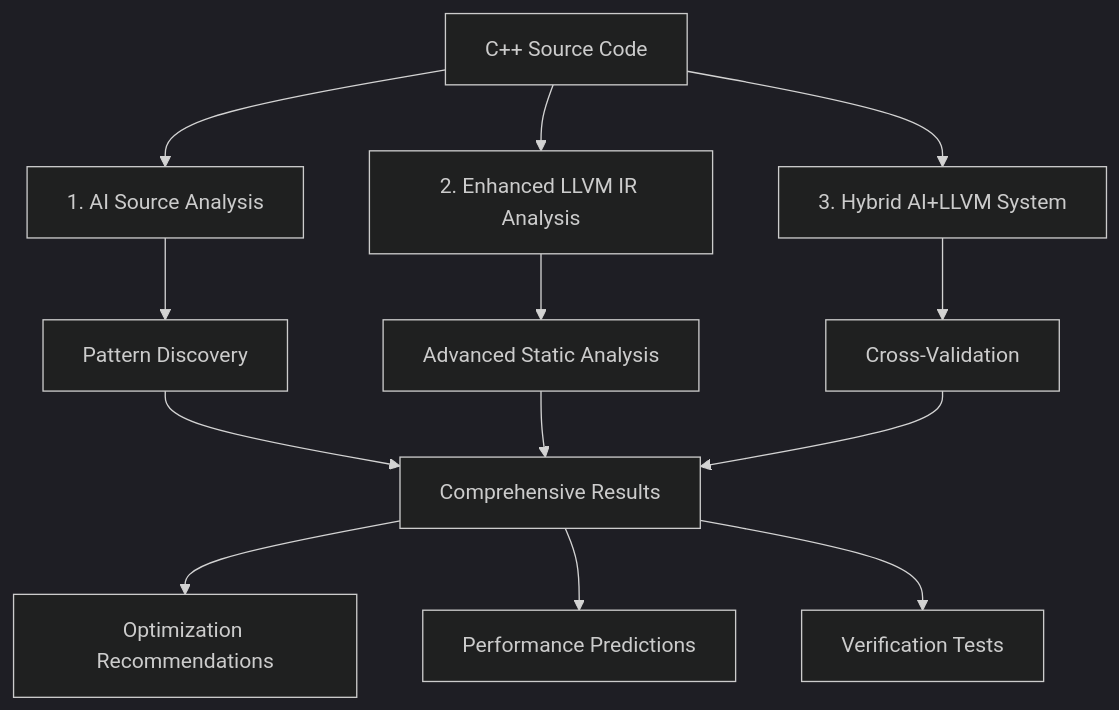
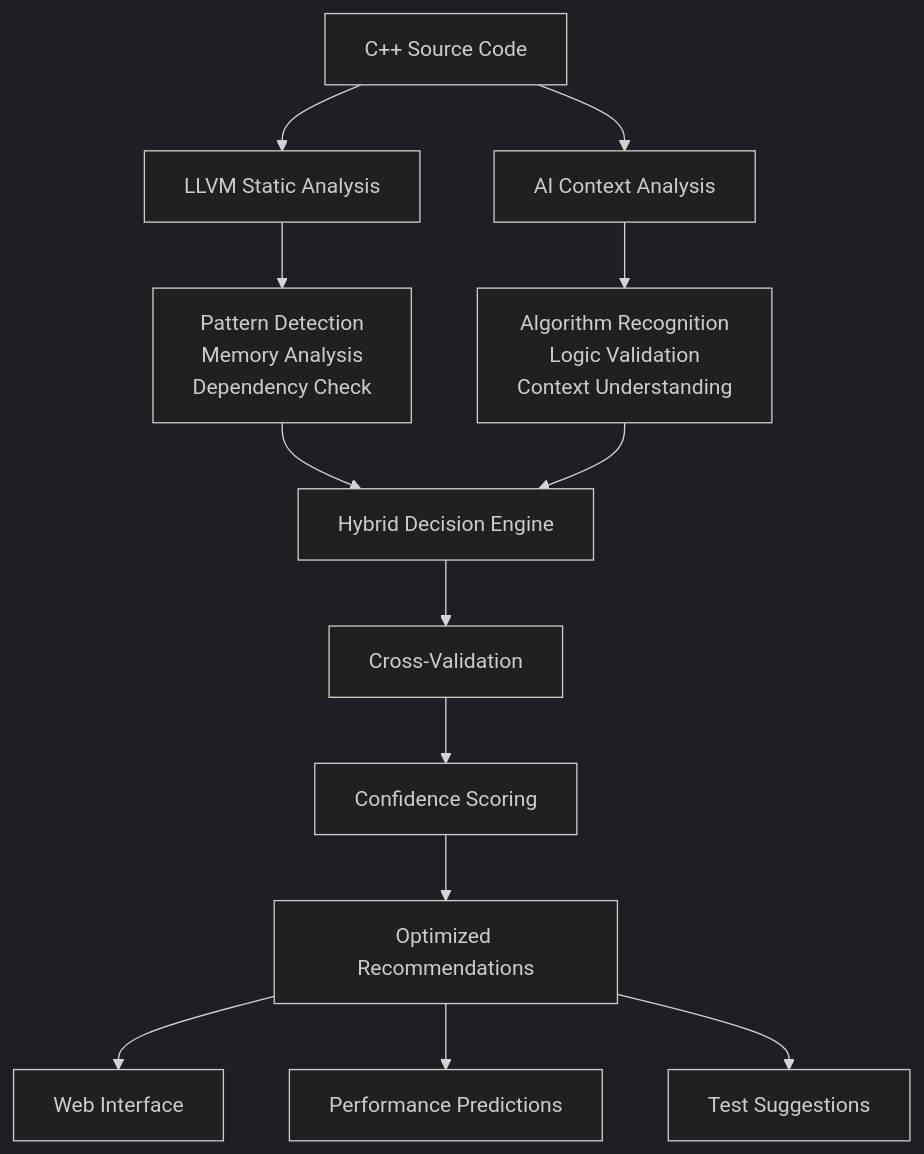
Before and after one commit to hoangtrietdev/llvm-analyze: the diagram in strategy.md, drawn with Mermaid (dark theme). The commit also changed other lines of this file and 14 other files, not shown here.

````diff
--- a/strategy.md
+++ b/strategy.md
@@ -29,18 +62,19 @@
 ```mermaid
 graph TB
-    A[C++ Source Code] --> B[1. AI Source Analysis]
-    A --> C[2. Enhanced LLVM IR Analysis]  
-    A --> D[3. Hybrid AI+LLVM System]
+    A[C++ Source Code] --> B[LLVM Static Analysis]
+    A --> C[AI Context Analysis]
     
-    B --> E[Pattern Discovery]
-    C --> F[Advanced Static Analysis]
-    D --> G[Cross-Validation]
+    B --> D[Pattern Detection<br/>Memory Analysis<br/>Dependency Check]
+    C --> E[Algorithm Recognition<br/>Logic Validation<br/>Context Understanding]
     
-    E --> H[Comprehensive Results]
-    F --> H
-    G --> H
+    D --> F[Hybrid Decision Engine]
+    E --> F
     
-    H --> I[Optimization Recommendations]
-    H --> J[Performance Predictions]
-    H --> K[Verification Tests]
+    F --> G[Cross-Validation]
+    G --> H[Confidence Scoring]
+    H --> I[Optimized Recommendations]
+    
+    I --> J[Web Interface]
+    I --> K[Performance Predictions]
+    I --> L[Test Suggestions]
 ```
````
